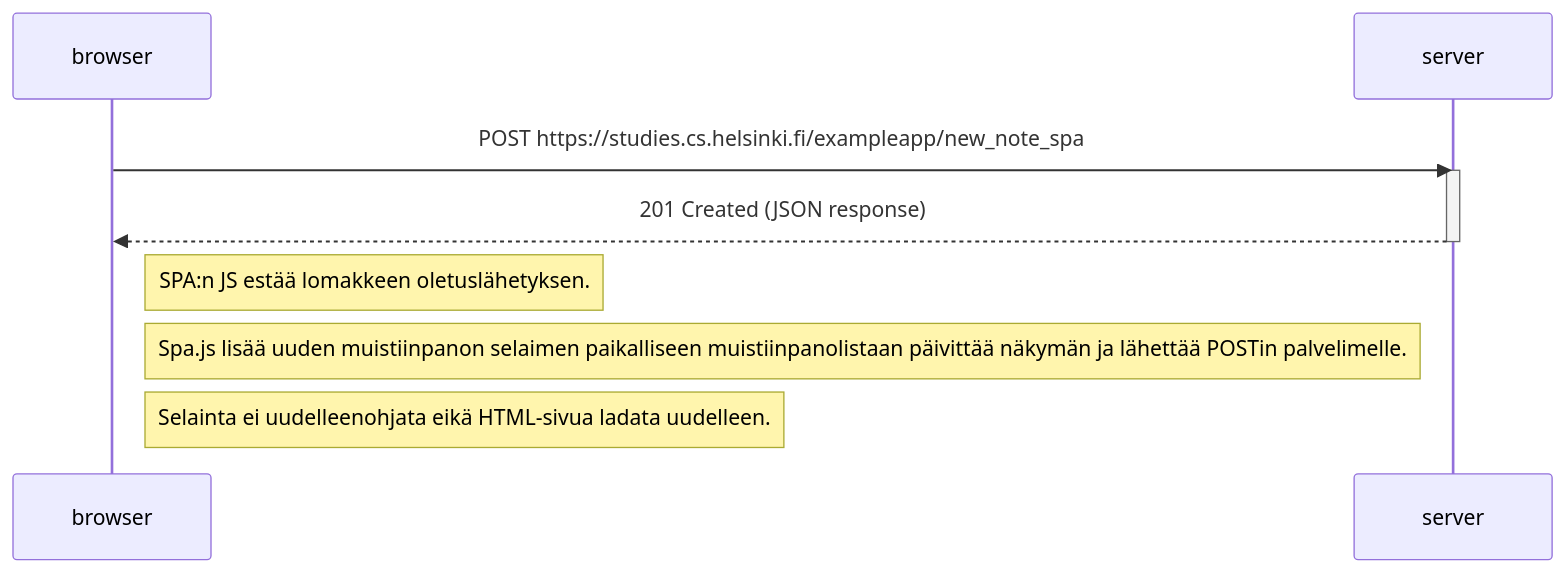
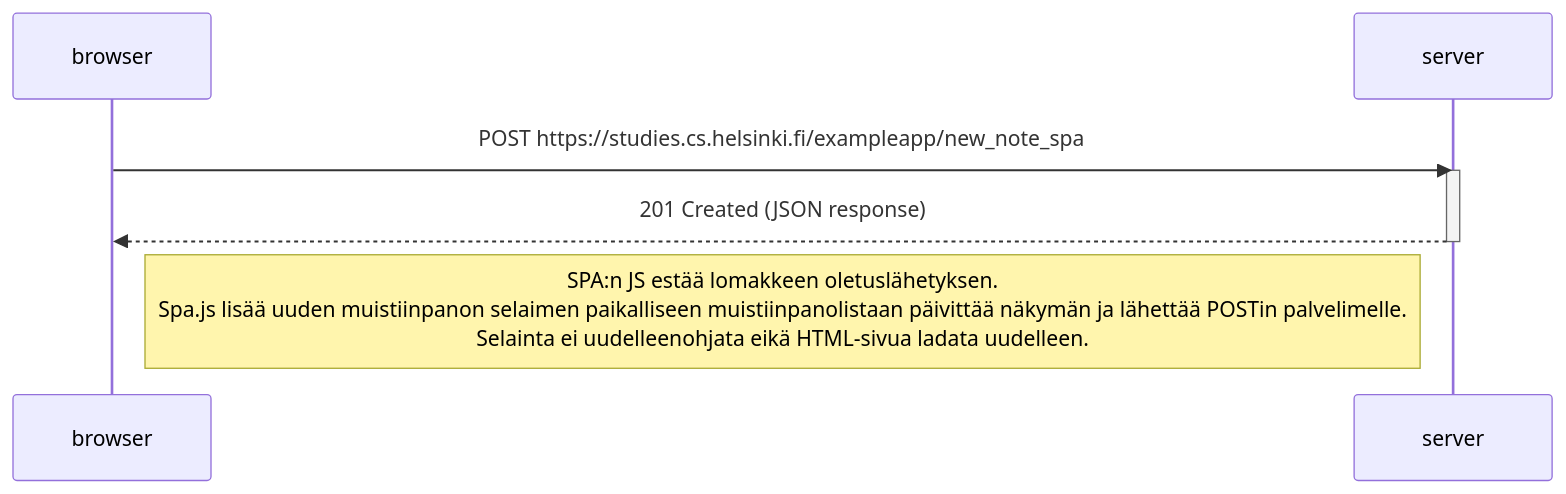
The diagram in osa0/t_0_6.md (Kotvau/fullstackopen), drawn with Mermaid before and after one commit.

````diff
--- a/osa0/t_0_6.md
+++ b/osa0/t_0_6.md
@@ -1,15 +1,13 @@
 ```mermaid
 sequenceDiagram
     participant browser
     participant server
     
     browser->>server: POST https://studies.cs.helsinki.fi/exampleapp/new_note_spa
     activate server
     server-->>browser: 201 Created (JSON response)
     deactivate server	
 
-Note right of browser: SPA:n JS estää lomakkeen oletuslähetyksen.
-Note right of browser: Spa.js lisää uuden muistiinpanon selaimen paikalliseen muistiinpanolistaan päivittää näkymän ja lähettää POSTin palvelimelle.
-Note right of browser: Selainta ei uudelleenohjata eikä HTML-sivua ladata uudelleen.
+Note right of browser: SPA:n JS estää lomakkeen oletuslähetyksen.<br/>Spa.js lisää uuden muistiinpanon selaimen paikalliseen muistiinpanolistaan päivittää näkymän ja lähettää POSTin palvelimelle.<br/>Selainta ei uudelleenohjata eikä HTML-sivua ladata uudelleen.
 
 ```
````
